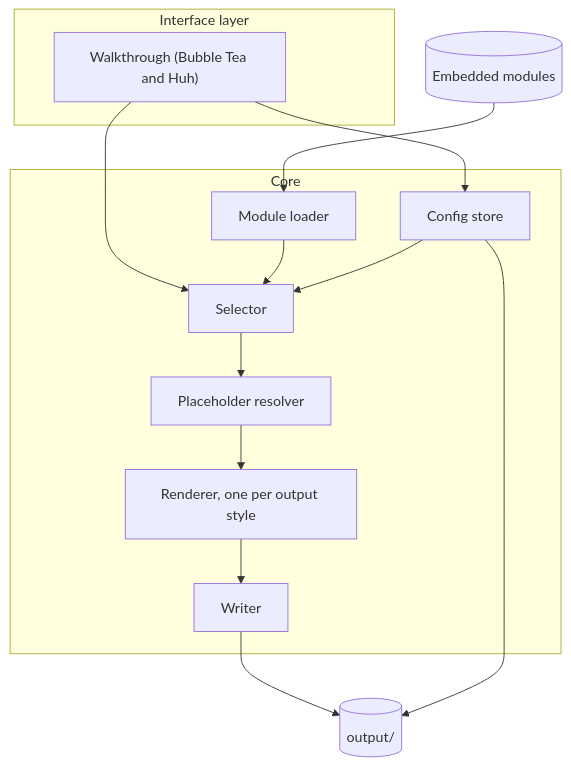
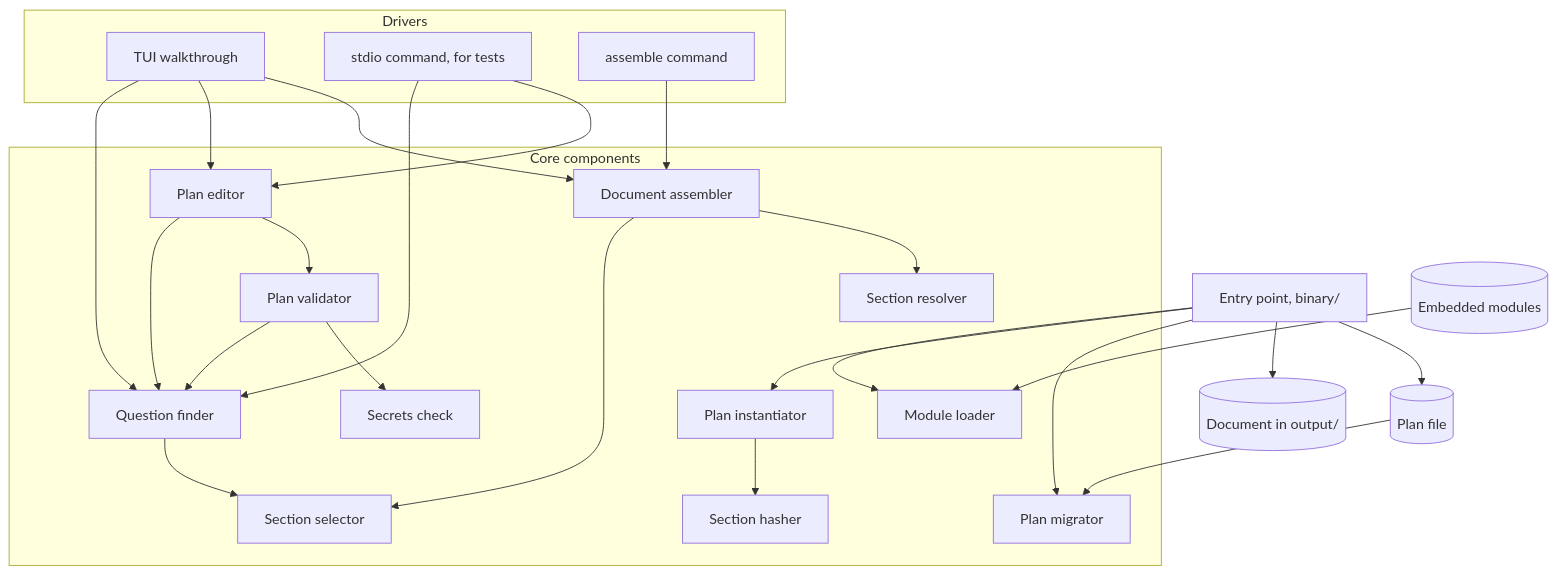
The diagram in docs/architecture/02-components.md (8thlight-daveloper/onboard-kit), drawn with Mermaid before and after one commit. The commit also changed other lines of this file and 10 other files, not shown here.

````diff
--- a/docs/architecture/02-components.md
+++ b/docs/architecture/02-components.md
@@ -7,29 +9,53 @@
 ```mermaid
 flowchart TB
-    subgraph interface["Interface layer"]
-        walkthrough["Walkthrough (Bubble Tea and Huh)"]
+    subgraph drivers["Drivers"]
+        tui["TUI walkthrough"]
+        stdio["stdio command, for tests"]
+        assemble_command["assemble command"]
     end
 
-    subgraph core["Core"]
-        config_store["Config store"]
+    entry["Entry point, binary/"]
+
+    subgraph core["Core components"]
+        finder["Question finder"]
+        validator["Plan validator"]
+        editor["Plan editor"]
+        assembler["Document assembler"]
+        instantiator["Plan instantiator"]
+        migrator["Plan migrator"]
         loader["Module loader"]
-        selector["Selector"]
-        resolver["Placeholder resolver"]
-        renderer["Renderer, one per output style"]
-        writer["Writer"]
+        selector["Section selector"]
+        resolver["Section resolver"]
+        hasher["Section hasher"]
+        secrets["Secrets check"]
     end
 
     modules[("Embedded modules")]
-    output[("output/")]
+    planfile[("Plan file")]
+    document[("Document in output/")]
 
-    walkthrough --> config_store
-    walkthrough --> selector
+    tui --> finder
+    tui --> editor
+    tui --> assembler
+    stdio --> finder
+    stdio --> editor
+    assemble_command --> assembler
+
+    finder --> selector
+    validator --> finder
+    validator --> secrets
+    editor --> finder
+    editor --> validator
+    assembler --> selector
+    assembler --> resolver
+    instantiator --> hasher
+
+    entry --> loader
+    entry --> instantiator
+    entry --> migrator
+
     modules --> loader
-    loader --> selector
-    config_store --> selector
-    selector --> resolver
-    resolver --> renderer
-    renderer --> writer
-    writer --> output
-    config_store --> output
+    planfile --> migrator
+    entry --> document
+    entry --> planfile
 ```
````
